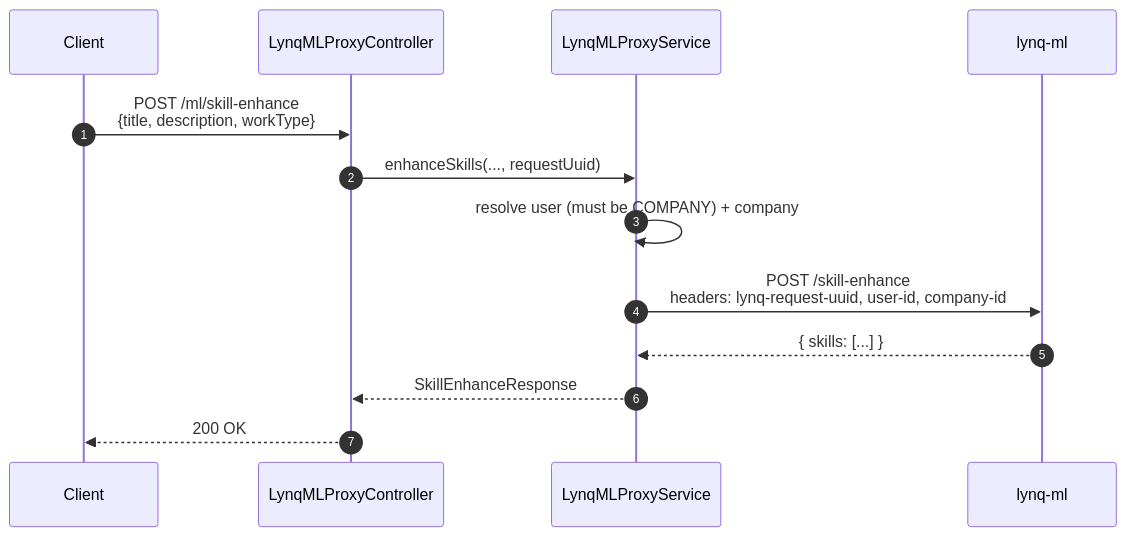
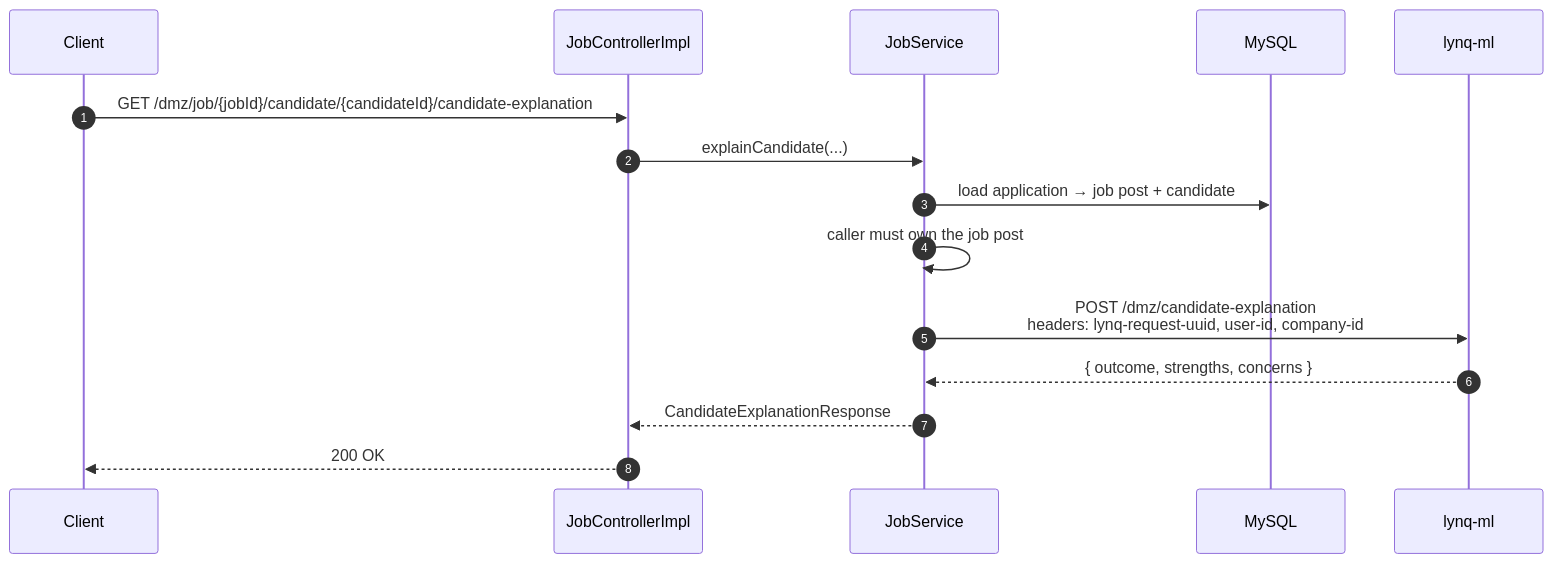
One commit to MatLock/UdeSA-lynq changed the third of 4 diagrams in lynq-app-backend/README.md. Above: the diagram before and after it, drawn with Mermaid. The commit also changed other lines of this file and 110 other files, not shown here.

````diff
--- a/lynq-app-backend/README.md
+++ b/lynq-app-backend/README.md
@@ -188,16 +202,18 @@
 ```mermaid
 sequenceDiagram
     autonumber
     participant C as Client
-    participant Ctrl as LynqMLProxyController
-    participant Svc as LynqMLProxyService
+    participant Ctrl as JobControllerImpl
+    participant Svc as JobService
+    participant DB as MySQL
     participant ML as lynq-ml
 
-    C->>Ctrl: POST /ml/skill-enhance<br/>{title, description, workType}
-    Ctrl->>Svc: enhanceSkills(..., requestUuid)
-    Svc->>Svc: resolve user (must be COMPANY) + company
-    Svc->>ML: POST /skill-enhance<br/>headers: lynq-request-uuid, user-id, company-id
-    ML-->>Svc: { skills: [...] }
-    Svc-->>Ctrl: SkillEnhanceResponse
+    C->>Ctrl: GET /dmz/job/{jobId}/candidate/{candidateId}/candidate-explanation
+    Ctrl->>Svc: explainCandidate(...)
+    Svc->>DB: load application → job post + candidate
+    Svc->>Svc: caller must own the job post
+    Svc->>ML: POST /dmz/candidate-explanation<br/>headers: lynq-request-uuid, user-id, company-id
+    ML-->>Svc: { outcome, strengths, concerns }
+    Svc-->>Ctrl: CandidateExplanationResponse
     Ctrl-->>C: 200 OK
 ```
````
